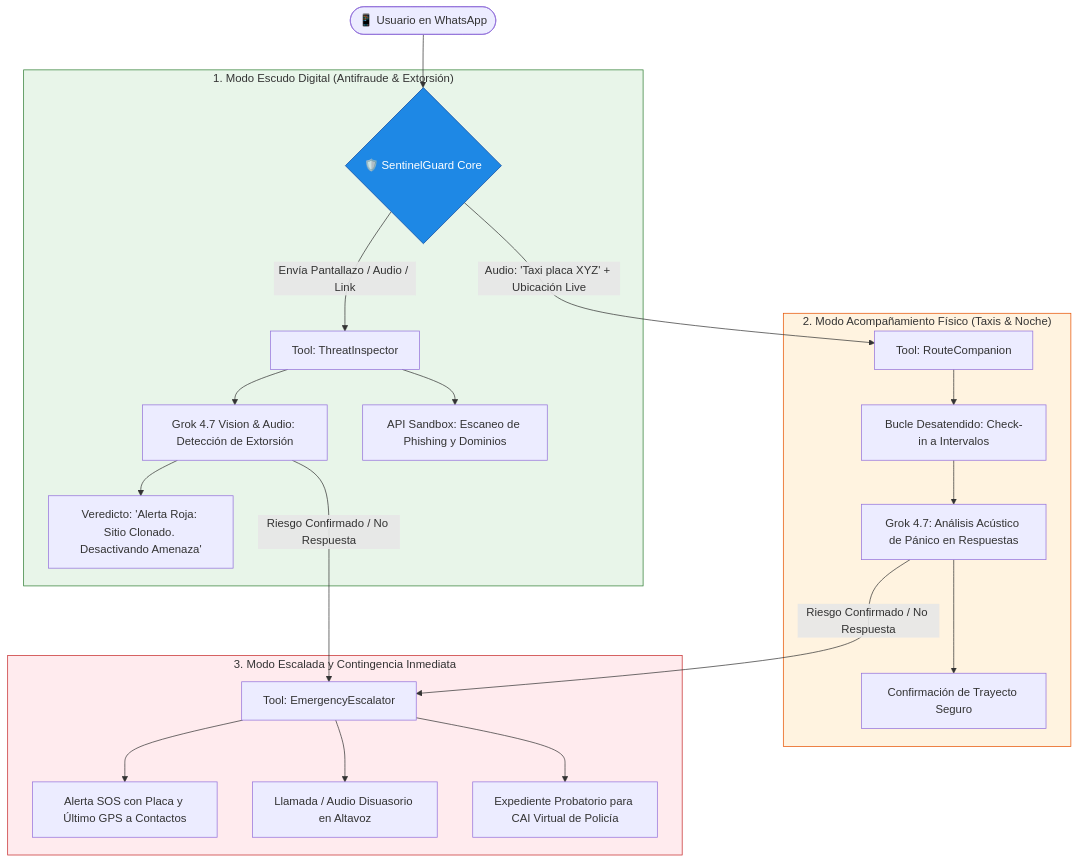
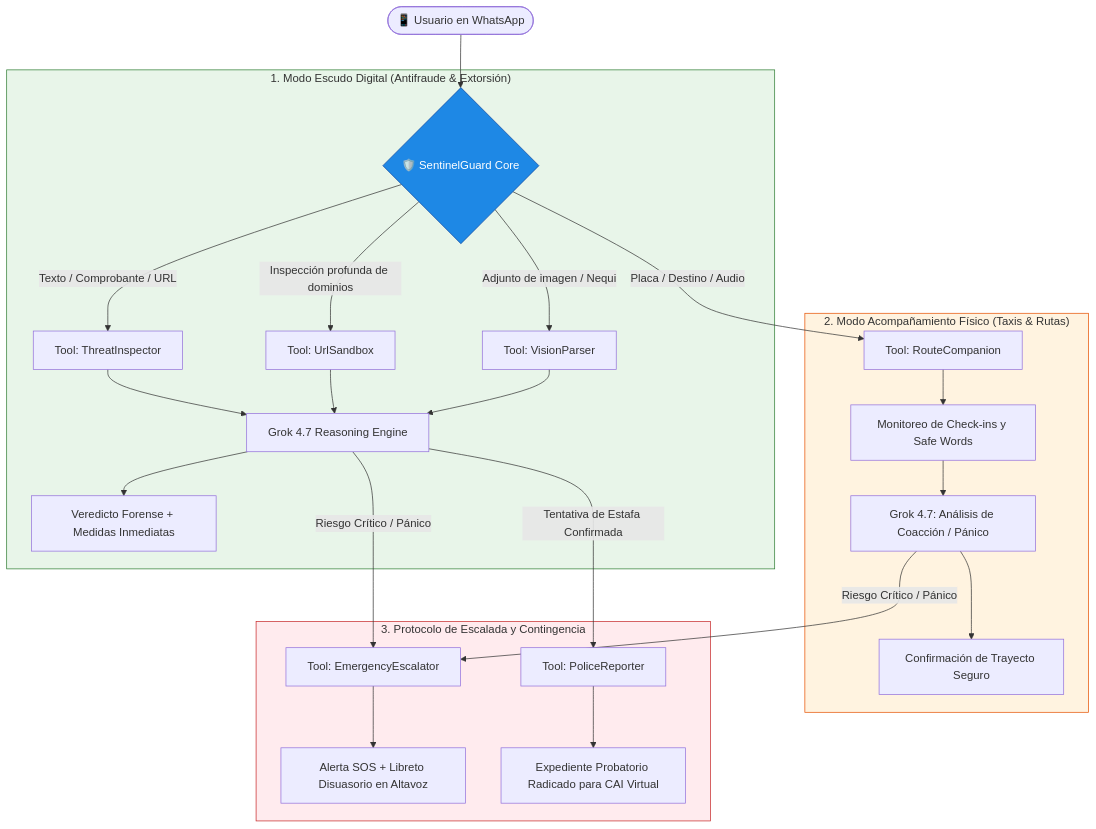
One commit to fcaguileraj7-camp/codixia-sentinel_reto changed the diagram in README.md. Above: the diagram before and after it, drawn with Mermaid. The commit also changed other lines of this file, not shown here.

Commit message:
docs: actualizar README con entregables Hito S2, 5 tools reales, 47 tests y seccion para video demo

````diff
--- a/README.md
+++ b/README.md
@@ -38,30 +45,31 @@
 ```mermaid
 flowchart TD
     User([📱 Usuario en WhatsApp]) --> SG{🛡️ SentinelGuard Core}
     
     subgraph Escudo_Digital ["1. Modo Escudo Digital (Antifraude & Extorsión)"]
-        SG -->|Envía Pantallazo / Audio / Link| T1[Tool: ThreatInspector]
-        T1 --> G1[Grok 4.7 Vision & Audio: Detección de Extorsión]
-        T1 --> API1[API Sandbox: Escaneo de Phishing y Dominios]
-        G1 --> Out1[Veredicto: 'Alerta Roja: Sitio Clonado. Desactivando Amenaza']
+        SG -->|Texto / Comprobante / URL| T1[Tool: ThreatInspector]
+        SG -->|Inspección profunda de dominios| T2[Tool: UrlSandbox]
+        SG -->|Adjunto de imagen / Nequi| T3[Tool: VisionParser]
+        T1 & T2 & T3 --> G1[Grok 4.7 Reasoning Engine]
+        G1 --> Out1[Veredicto Forense + Medidas Inmediatas]
     end
 
-    subgraph Acompanamiento_Fisico ["2. Modo Acompañamiento Físico (Taxis & Noche)"]
-        SG -->|Audio: 'Taxi placa XYZ' + Ubicación Live| T2[Tool: RouteCompanion]
-        T2 --> Loop[Bucle Desatendido: Check-in a Intervalos]
-        Loop --> G2[Grok 4.7: Análisis Acústico de Pánico en Respuestas]
+    subgraph Acompanamiento_Fisico ["2. Modo Acompañamiento Físico (Taxis & Rutas)"]
+        SG -->|Placa / Destino / Audio| T4[Tool: RouteCompanion]
+        T4 --> Loop[Monitoreo de Check-ins y Safe Words]
+        Loop --> G2[Grok 4.7: Análisis de Coacción / Pánico]
         G2 --> Out2[Confirmación de Trayecto Seguro]
     end
 
-    subgraph Protocolo_Escalada ["3. Modo Escalada y Contingencia Inmediata"]
-        G1 & G2 -->|Riesgo Confirmado / No Respuesta| T3[Tool: EmergencyEscalator]
-        T3 --> Act1[Alerta SOS con Placa y Último GPS a Contactos]
-        T3 --> Act2[Llamada / Audio Disuasorio en Altavoz]
-        T3 --> Act3[Expediente Probatorio para CAI Virtual de Policía]
+    subgraph Protocolo_Escalada ["3. Protocolo de Escalada y Contingencia"]
+        G1 & G2 -->|Riesgo Crítico / Pánico| T5[Tool: EmergencyEscalator]
+        G1 -->|Tentativa de Estafa Confirmada| T6[Tool: PoliceReporter]
+        T5 --> Act1[Alerta SOS + Libreto Disuasorio en Altavoz]
+        T6 --> Act2[Expediente Probatorio Radicado para CAI Virtual]
     end
 
     style SG fill:#1e88e5,stroke:#0d47a1,color:#fff
     style Escudo_Digital fill:#e8f5e9,stroke:#2e7d32
     style Acompanamiento_Fisico fill:#fff3e0,stroke:#e65100
     style Protocolo_Escalada fill:#ffebee,stroke:#c62828
 ```
````
